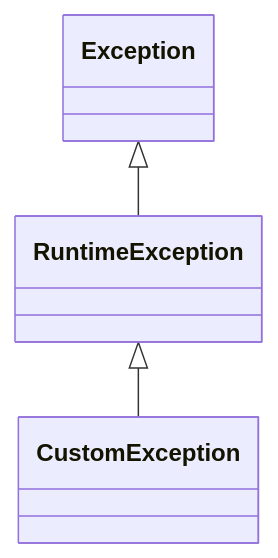
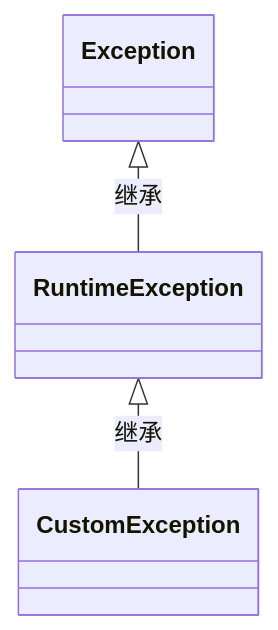
One commit to hyh19/ai changed the fifth of 5 diagrams in prompts/android_kotlin_api_analysis_prompt.md. Above: the diagram before and after it, drawn with Mermaid. The commit also changed other lines of this file and 1 other file, not shown here.

````diff
--- a/prompts/android_kotlin_api_analysis_prompt.md
+++ b/prompts/android_kotlin_api_analysis_prompt.md
@@ -115,8 +117,8 @@
 ```mermaid
 classDiagram
     class Exception
     class RuntimeException
     class CustomException
-    Exception <|-- RuntimeException
-    RuntimeException <|-- CustomException
+    Exception <|-- RuntimeException : 继承
+    RuntimeException <|-- CustomException : 继承
 ```
````
